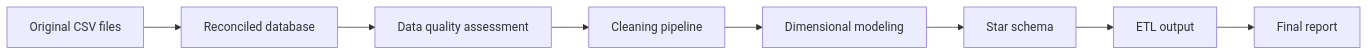
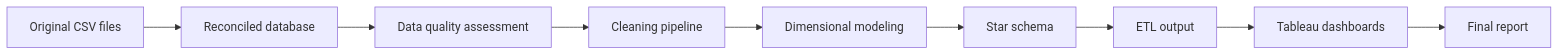
One commit to Alessandro624/2022-US-Domestic-Flight-Data-Warehouse changed the diagram in README.md. Above: the diagram before and after it, drawn with Mermaid. The commit also changed other lines of this file, not shown here.

````diff
--- a/README.md
+++ b/README.md
@@ -28,10 +29,11 @@
 ```mermaid
 flowchart LR
     A["Original CSV files"] --> B["Reconciled database"]
     B --> C["Data quality assessment"]
     C --> D["Cleaning pipeline"]
     D --> E["Dimensional modeling"]
     E --> F["Star schema"]
     F --> G["ETL output"]
-    G --> H["Final report"]
+    G --> H["Tableau dashboards"]
+    H --> I["Final report"]
 ```
````
